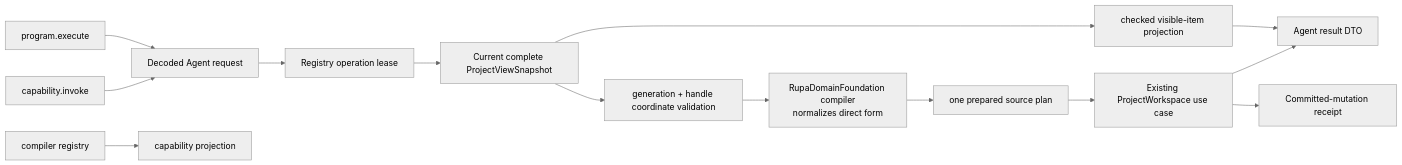
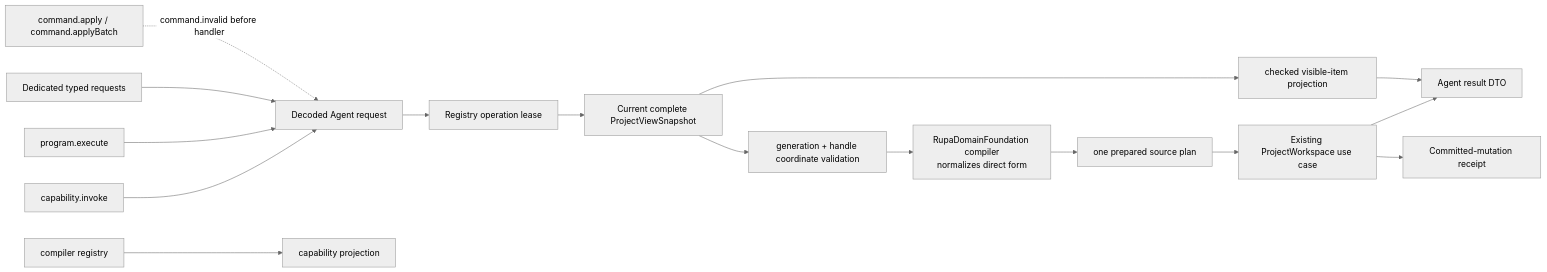
One commit to 1amageek/Rupa changed the first of 2 diagrams in RupaKit/Sources/RupaAgentRuntime/DESIGN.md. Above: the diagram before and after it, drawn with Mermaid (neutral theme). The commit also changed other lines of this file and 212 other files, not shown here.

Commit message:
Remove raw Agent feature graph access

````diff
--- a/RupaKit/Sources/RupaAgentRuntime/DESIGN.md
+++ b/RupaKit/Sources/RupaAgentRuntime/DESIGN.md
@@ -57,16 +60,18 @@
 ```mermaid
 flowchart LR
     Direct["capability.invoke"] --> Request["Decoded Agent request"]
     Program["program.execute"] --> Request
+    Dedicated["Dedicated typed requests"] --> Request
+    Legacy["command.apply / command.applyBatch"] -.->|command.invalid before handler| Request
     CompilerRegistry["compiler registry"] --> Discovery["capability projection"]
     Request --> Lease["Registry operation lease"]
     Lease --> View["Current complete ProjectViewSnapshot"]
     View --> Guard["generation + handle coordinate validation"]
     Guard --> Compiler["RupaDomainFoundation compiler\nnormalizes direct form"]
     Compiler --> Prepared["one prepared source plan"]
     Prepared --> Workspace["Existing ProjectWorkspace use case"]
     Workspace --> Projection["Agent result DTO"]
     Workspace --> NoRetry["Committed-mutation receipt"]
     View --> ViewportProjection["checked visible-item projection"]
     ViewportProjection --> Projection
 ```
````
